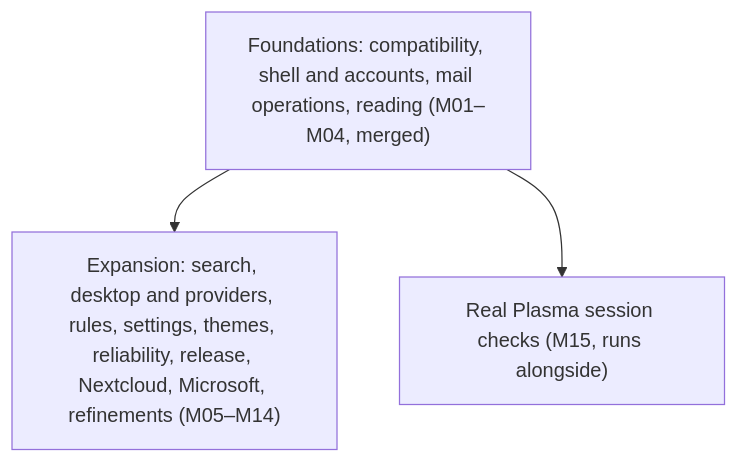
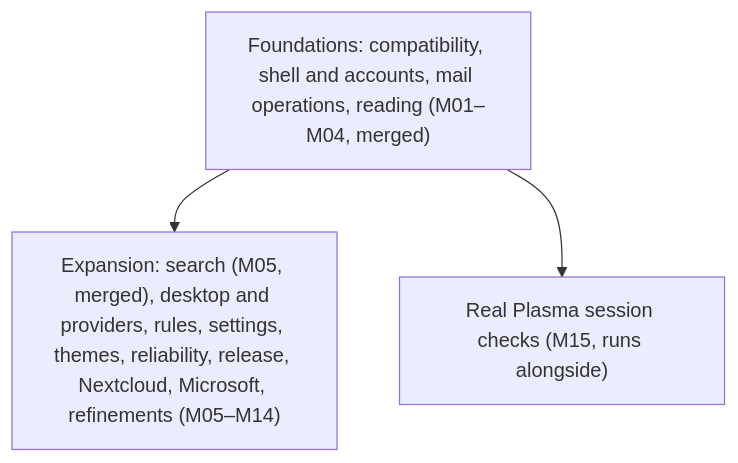
Before and after one commit to mikepadiernos/plasma-impresario: the diagram in docs/philosophy/scope.md, drawn with Mermaid. The commit also changed other lines of this file and 5 other files, not shown here.

````diff
--- a/docs/philosophy/scope.md
+++ b/docs/philosophy/scope.md
@@ -26,8 +26,8 @@
 ```mermaid
 flowchart TD
     F["Foundations: compatibility, shell and accounts, mail operations, reading (M01–M04, merged)"]
-    X["Expansion: search, desktop and providers, rules, settings, themes, reliability, release, Nextcloud, Microsoft, refinements (M05–M14)"]
+    X["Expansion: search (M05, merged), desktop and providers, rules, settings, themes, reliability, release, Nextcloud, Microsoft, refinements (M05–M14)"]
     V["Real Plasma session checks (M15, runs alongside)"]
     F --> X
     F --> V
 ```
````
